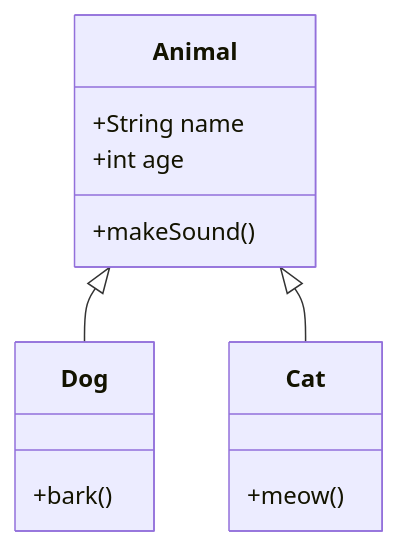
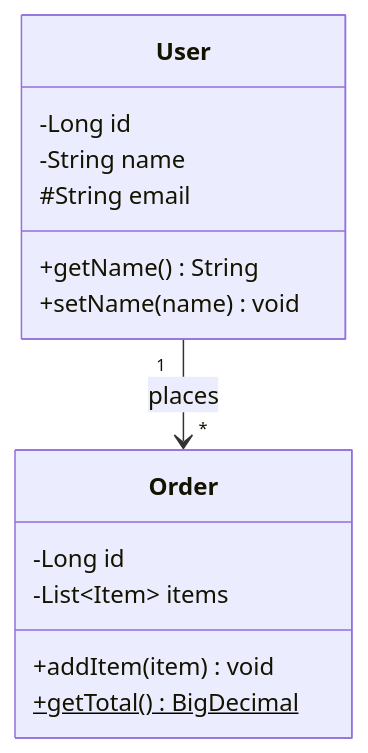
The fifth of 26 diagrams in .claude/skills/mermaid-diagram/SKILL.md (younwony/TIL), drawn with Mermaid before and after one commit. The commit also changed other lines of this file and 1 other file, not shown here.

Commit message:
docs: Mermaid 다이어그램 문서 확장 및 SVG 다이어그램 가이드 추가

````diff
--- a/.claude/skills/mermaid-diagram/SKILL.md
+++ b/.claude/skills/mermaid-diagram/SKILL.md
@@ -115,16 +230,19 @@
 ```mermaid
 classDiagram
-    class Animal {
-        +String name
-        +int age
-        +makeSound()
+    class User {
+        -Long id
+        -String name
+        #String email
+        +getName() String
+        +setName(name) void
     }
-    class Dog {
-        +bark()
+
+    class Order {
+        -Long id
+        -List~Item~ items
+        +addItem(item) void
+        +getTotal()$ BigDecimal
     }
-    class Cat {
-        +meow()
-    }
-    Animal <|-- Dog
-    Animal <|-- Cat
+
+    User "1" --> "*" Order : places
 ```
````
